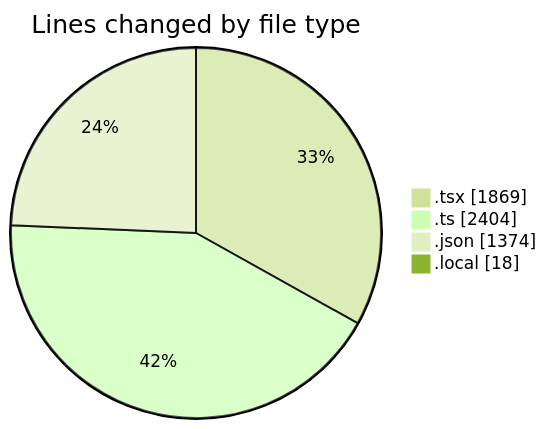
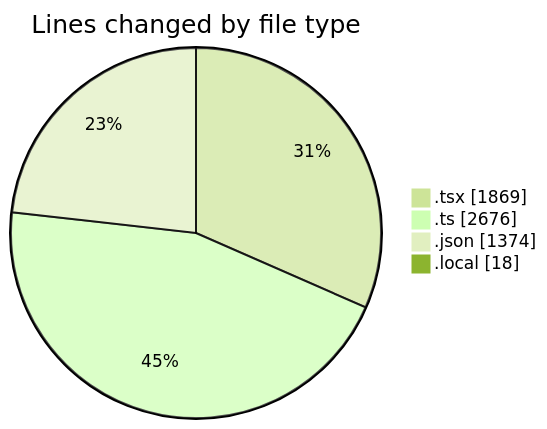
Before and after one commit to julien-gomy/code-tracking: the first of 2 diagrams in 2025-10-16/eventscop-frontend-guide__workspace_/README.md, drawn with Mermaid (forest theme). The commit also changed other lines of this file and 1 other file, not shown here.

````diff
--- a/2025-10-16/eventscop-frontend-guide__workspace_/README.md
+++ b/2025-10-16/eventscop-frontend-guide__workspace_/README.md
@@ -53,8 +55,8 @@
 ```mermaid
 pie showData
 title Lines changed by file type
 ".tsx" : 1869
-".ts" : 2404
+".ts" : 2676
 ".json" : 1374
 ".local" : 18
 ```
````
